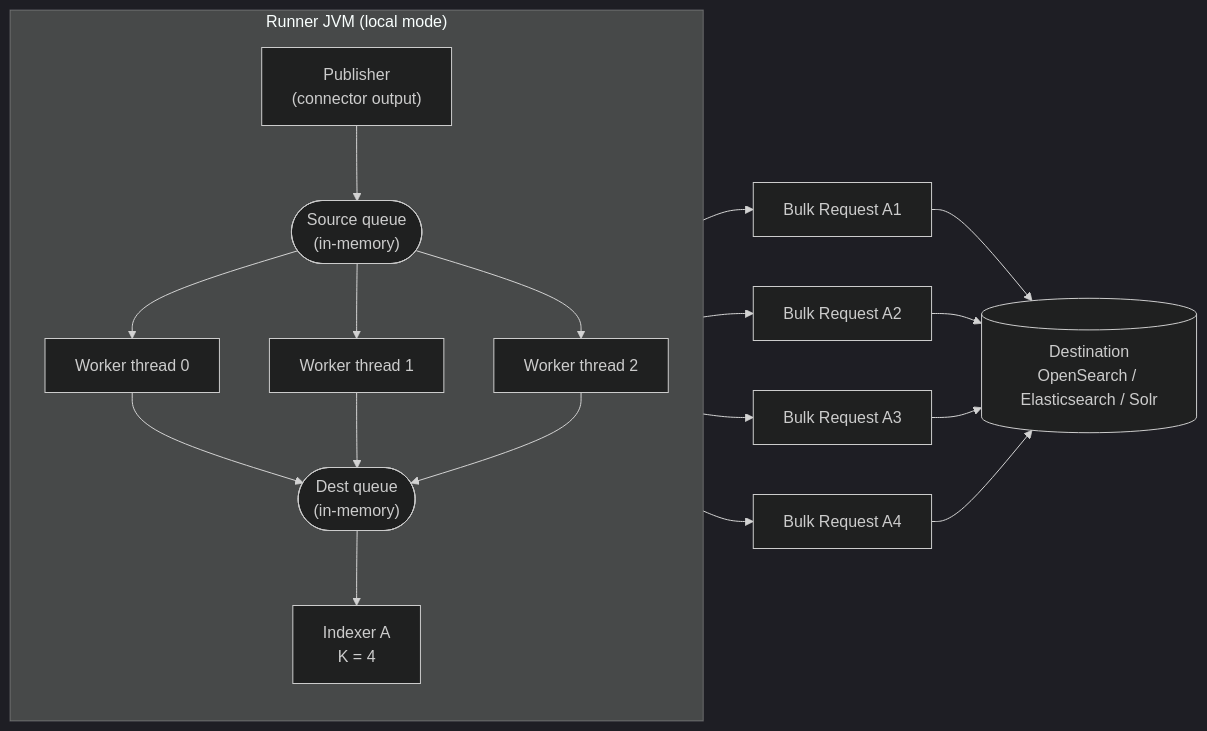
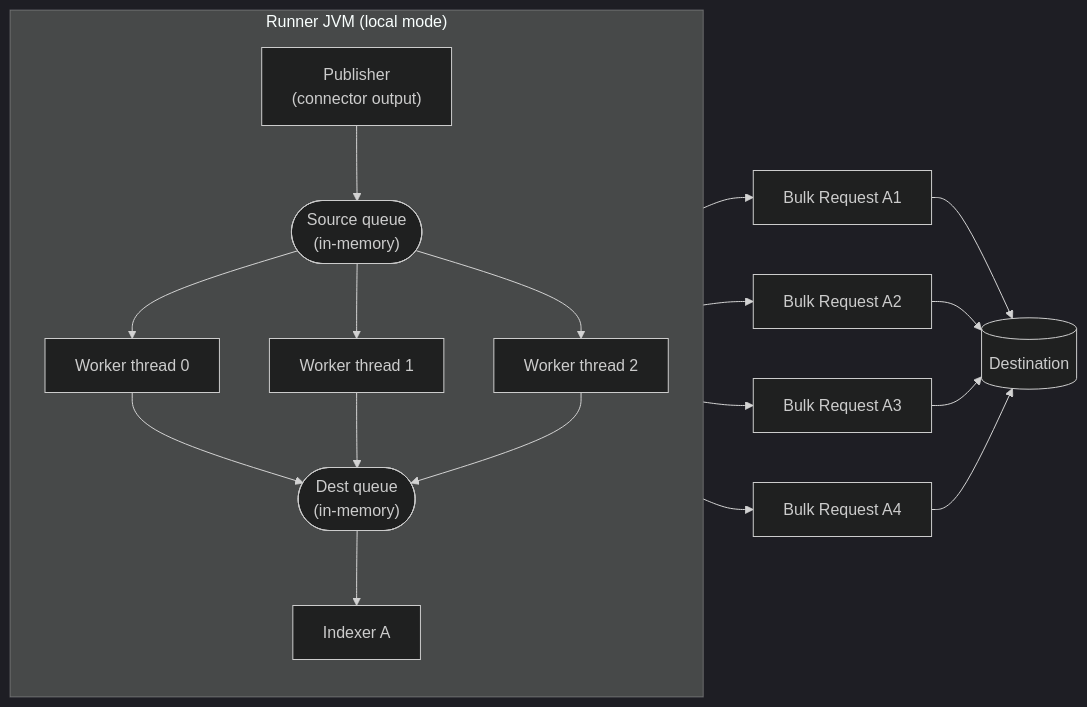
The first of 5 diagrams in doc/site/content/en/docs/operations/indexing-throughput/indexing-fan-out.md (kmwtechnology/lucille), drawn with Mermaid (dark theme) before and after one commit. The commit also changed other lines of this file and 1 other file, not shown here.

First line of the commit message:
docs: simplify fan-out diagram labels; fix Mermaid edge curves

````diff
--- a/doc/site/content/en/docs/operations/indexing-throughput/indexing-fan-out.md
+++ b/doc/site/content/en/docs/operations/indexing-throughput/indexing-fan-out.md
@@ -47,33 +47,33 @@
 ```mermaid
 flowchart LR
     subgraph JVM["Runner JVM (local mode)"]
         direction TB
         PUB["Publisher<br/>(connector output)"]
 
         SRCQ(["Source queue<br/>(in-memory)"])
 
         W0["Worker thread 0"]
         W1["Worker thread 1"]
         W2["Worker thread 2"]
 
         DESTQ(["Dest queue<br/>(in-memory)"])
 
-        IDX["Indexer A<br/>K = 4"]
+        IDX["Indexer A"]
 
         PUB --> SRCQ
         SRCQ --> W0
         SRCQ --> W1
         SRCQ --> W2
         W0 --> DESTQ
         W1 --> DESTQ
         W2 --> DESTQ
         DESTQ --> IDX
     end
 
-    DEST[("Destination<br/>OpenSearch / Elasticsearch / Solr")]
+    DEST[("Destination")]
 
     IDX --> RA1["Bulk Request A1"] --> DEST
     IDX --> RA2["Bulk Request A2"] --> DEST
     IDX --> RA3["Bulk Request A3"] --> DEST
     IDX --> RA4["Bulk Request A4"] --> DEST
 ```
````
